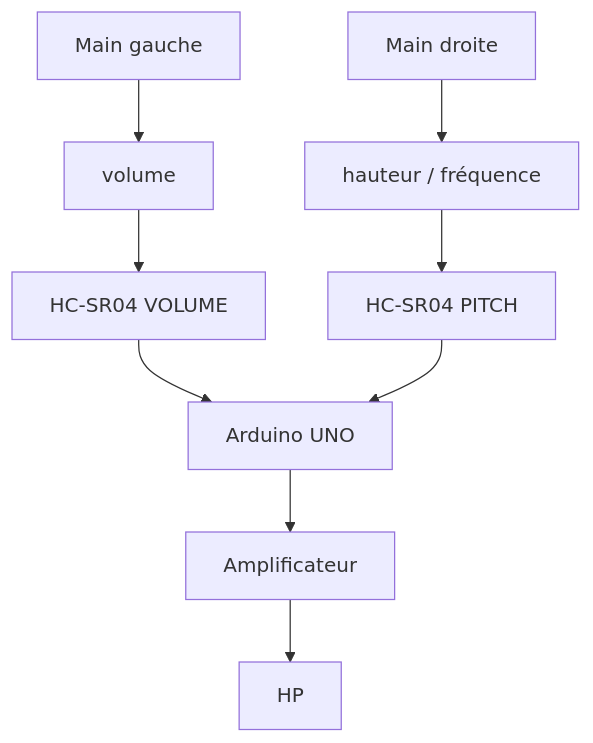
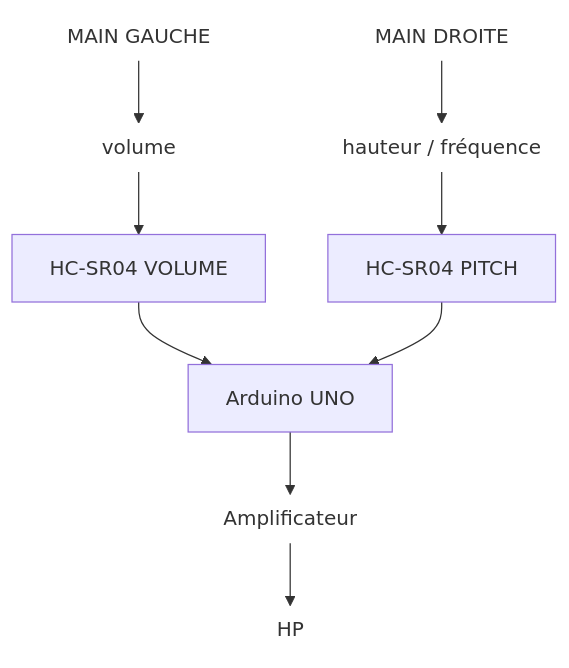
Before and after one commit to NicHub/microclub: the first of 4 diagrams in content/articles/2026/09/19/theremine-a-la-sauce-arduino.md, drawn with Mermaid. The commit also changed other lines of this file, not shown here.

Commit message:
Affiche certains nœuds Mermaid en texte

````diff
--- a/content/articles/2026/09/19/theremine-a-la-sauce-arduino.md
+++ b/content/articles/2026/09/19/theremine-a-la-sauce-arduino.md
@@ -66,6 +66,6 @@
 ```mermaid
 graph TD
-    MG[Main gauche] --> P[volume] --> HCV[HC-SR04 VOLUME] --> A[Arduino UNO]
-    MD[Main droite] --> V[hauteur / fréquence] --> HCP[HC-SR04 PITCH] --> A
-    A --> AMP[Amplificateur] --> HP[HP]
+    MG@{ shape: text, label: "MAIN GAUCHE" } --> P@{ shape: text, label: "volume" } --> HCV[HC-SR04 VOLUME] --> A[Arduino UNO]
+    MD@{ shape: text, label: "MAIN DROITE" } --> V@{ shape: text, label: "hauteur / fréquence" } --> HCP[HC-SR04 PITCH] --> A
+    A --> AMP@{ shape: text, label: "Amplificateur" } --> HP@{ shape: text, label: "HP" }
 ```
````
